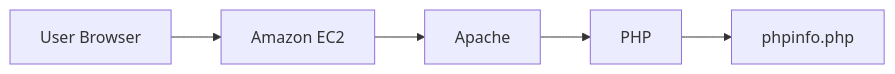
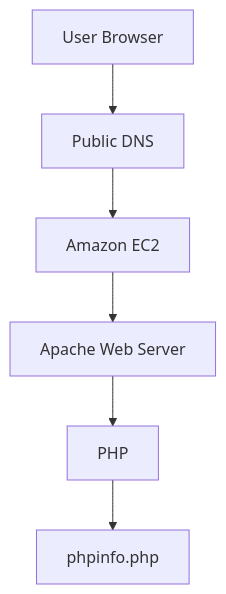
The diagram in README.md (MLAW-223/aws-ec2-web-server-project), drawn with Mermaid before and after one commit. The commit also changed other lines of this file, not shown here.

````diff
--- a/README.md
+++ b/README.md
@@ -41,12 +41,14 @@
 ```mermaid
-flowchart LR
+flowchart TD
 
 A[User Browser]
---> B[Amazon EC2]
+--> B[Public DNS]
 
-B --> C[Apache]
+B --> C[Amazon EC2]
 
-C --> D[PHP]
+C --> D[Apache Web Server]
 
-D --> E[phpinfo.php]
+D --> E[PHP]
+
+E --> F[phpinfo.php]
 ```
````
